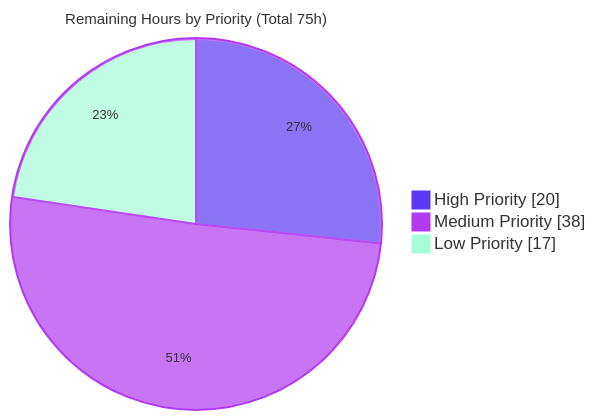
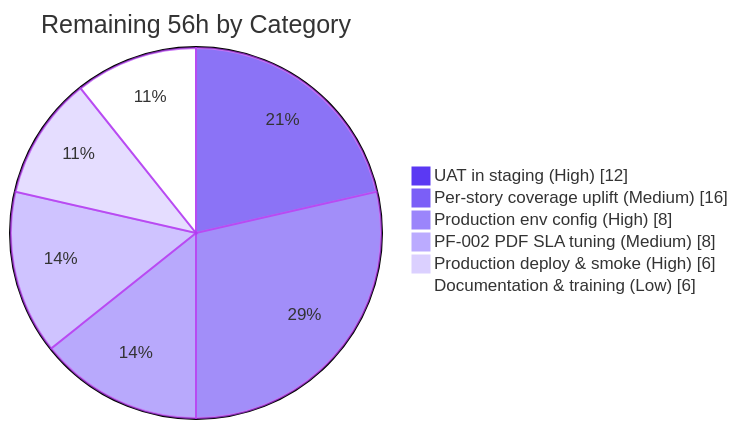
One commit to Blitzy-Sandbox/blitzy-odoo changed the third of 4 diagrams in blitzy/documentation/Project Guide.md. Above: the diagram before and after it, drawn with Mermaid. The commit also changed other lines of this file, not shown here.

Commit message:
Adding Blitzy Project Guide: Project Status and Human Tasks Remaining

````diff
--- a/blitzy/documentation/Project Guide.md
+++ b/blitzy/documentation/Project Guide.md
@@ -308,7 +321,10 @@
 ```mermaid
-%%{init: {'theme':'base','themeVariables':{'pie1':'#5B39F3','pie2':'#B23AF2','pie3':'#A8FDD9','pieStrokeColor':'#B23AF2','pieOuterStrokeColor':'#B23AF2','pieTitleTextSize':'15px','pieSectionTextSize':'13px'}}}%%
-pie showData title Remaining Hours by Priority (Total 75h)
-    "High Priority" : 20
-    "Medium Priority" : 38
-    "Low Priority" : 17
+%%{init: {'theme':'base','themeVariables':{'pie1':'#5B39F3','pie2':'#7B5FF7','pie3':'#9B85FB','pie4':'#BBABFF','pie5':'#DBD0FF','pie6':'#FFFFFF','pieStrokeColor':'#B23AF2'}}}%%
+pie showData title Remaining 56h by Category
+    "UAT in staging (High)" : 12
+    "Per-story coverage uplift (Medium)" : 16
+    "Production env config (High)" : 8
+    "PF-002 PDF SLA tuning (Medium)" : 8
+    "Production deploy & smoke (High)" : 6
+    "Documentation & training (Low)" : 6
 ```
````
